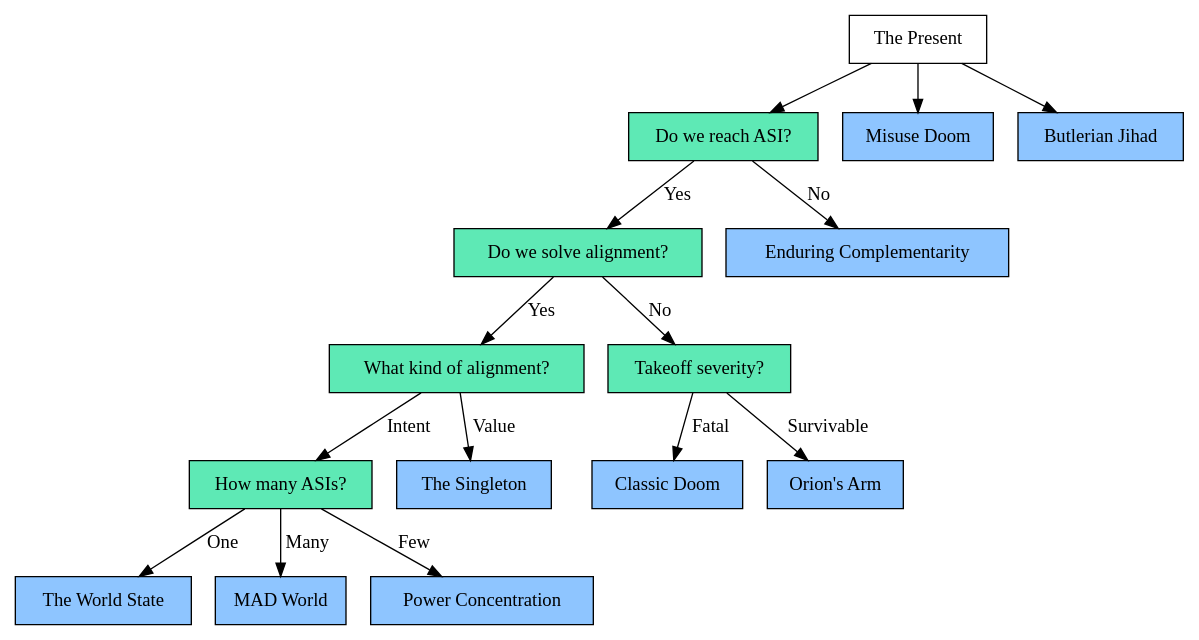
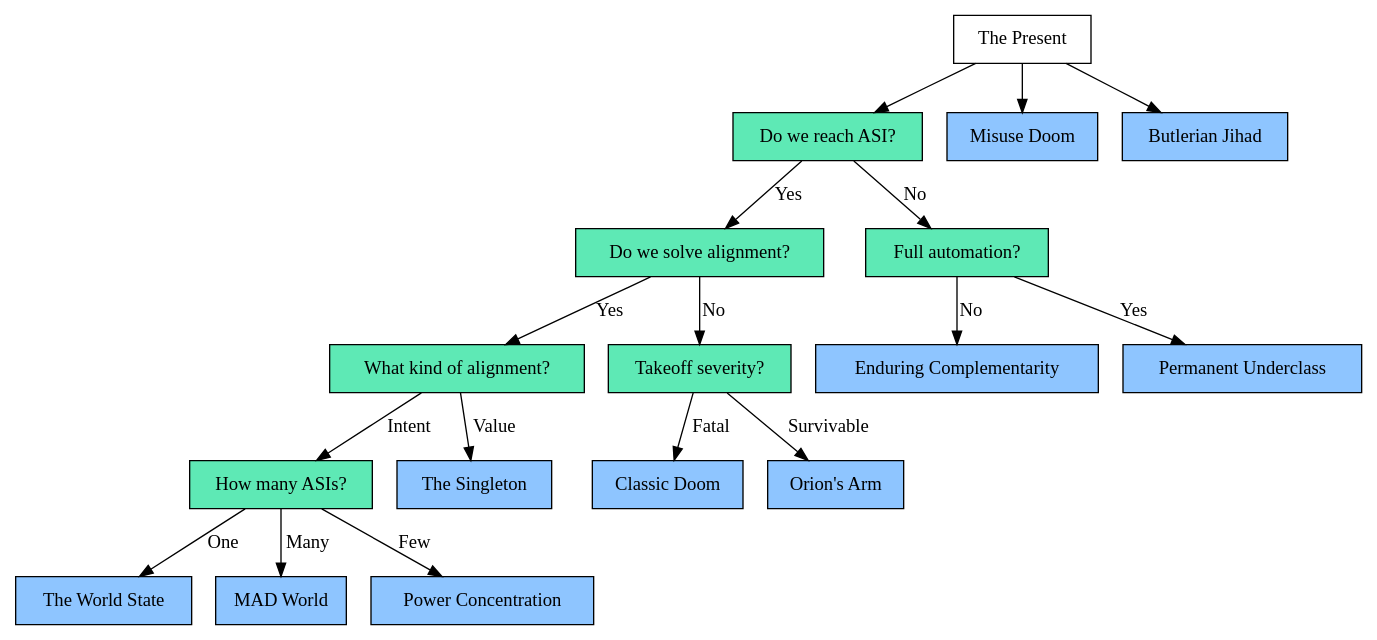
Before and after one commit to eudoxia0/eudoxia0.github.io: the diagram in _includes/possible-futures/toc.dot, drawn with Graphviz. The commit also changed 2 other files, not shown here.

```diff
--- a/_includes/possible-futures/toc.dot
+++ b/_includes/possible-futures/toc.dot
@@ -1,52 +1,58 @@
 digraph futures {
     rankdir=TB;
 
     // Start.
     pre[label="The Present", shape=box];
 
     // Questions.
     node[shape=box, style=filled, fillcolor="#5ee9b5"];
     asi[label="Do we reach ASI?"];
     align[label="Do we solve alignment?"];
     whatkind[label="What kind of alignment?"];
     noalign[label="Takeoff severity?"];
     howmany[label="How many ASIs?"];
+    auto[label="Full automation?"];
 
     // States of the world.
     node [shape=box, style=filled, fillcolor="#8ec5ff"];
     ec[label="Enduring Complementarity", URL="#enduring-complementarity"];
     misuse[label="Misuse Doom", URL="#misuse-doom"];
     doom[label="Classic Doom", URL="#classic-doom"];
     orion[label="Orion's Arm", URL="#orions-arm"];
     sing[label="The Singleton", URL="#singleton"];
     world[label="The World State", URL="#world"];
     butler[label="Butlerian Jihad", URL="#butler"];
     mad[label="MAD World", URL="#mad"];
     power[label="Power Concentration", URL="#power"];
+    underclass[label="Permanent Underclass", URL="#underclass"];
 
     // Edges.
     pre -> misuse;
     pre -> asi;
     pre -> butler;
 
     // Do we reach ASI?
-    asi -> ec [label="No"];
+    asi -> auto [label="No"];
     asi -> align [label="Yes"];
 
     // Do we solve alignment?
     align -> noalign [label="No"];
     align -> whatkind [label="Yes"];
 
     // Is the AI hostile, or indifferent?
     noalign -> doom [label="Fatal"];
     noalign -> orion [label="Survivable"];
 
     // What kind of alignment?
     whatkind -> howmany [label="Intent"];
     whatkind -> sing [label="Value"];
 
     // How many ASIs?
     howmany -> mad [label="Many"];
     howmany -> power [label="Few"];
     howmany -> world [label="One"];
+
+    // Full automation?
+    auto -> ec [label="No"];
+    auto -> underclass [label="Yes"];
 }
```
